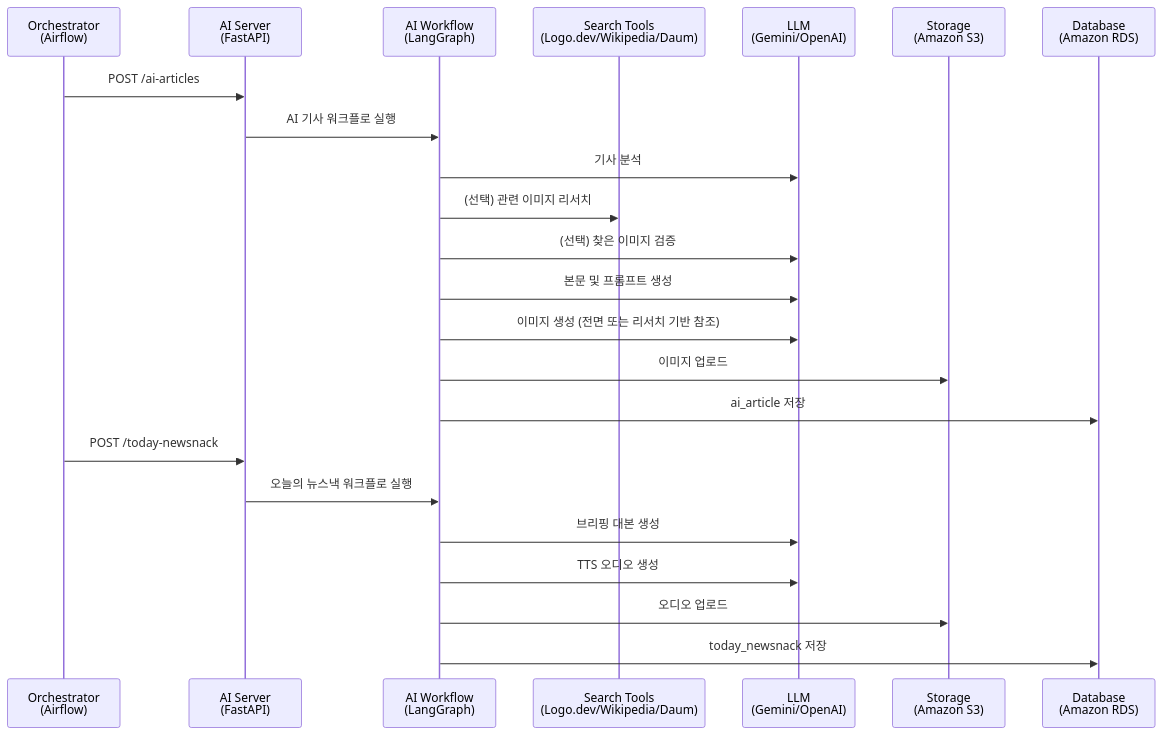
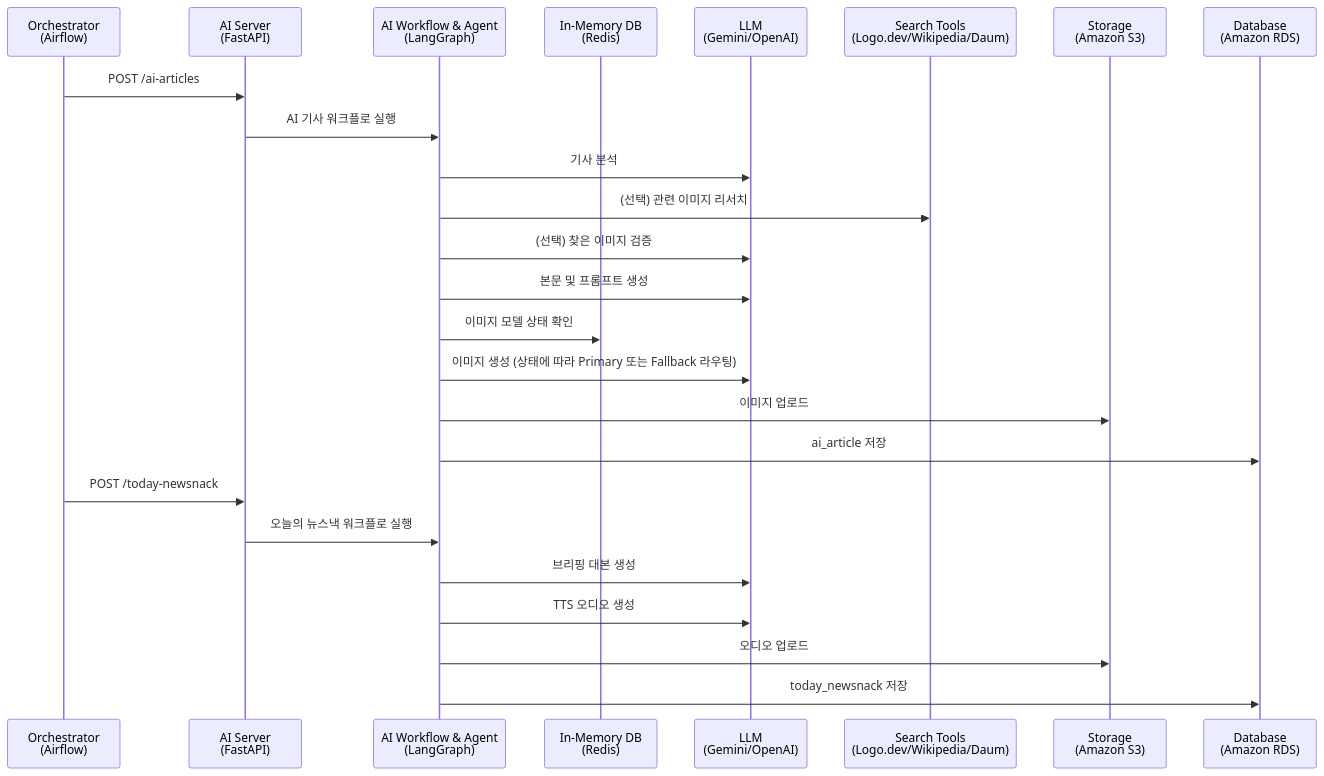
The first of 3 diagrams in README.md (team-leekim/newsnack-ai), drawn with Mermaid before and after one commit. The commit also changed other lines of this file, not shown here.

````diff
--- a/README.md
+++ b/README.md
@@ -37,27 +40,29 @@
 ```mermaid
 sequenceDiagram
     participant Orchestrator as Orchestrator<br/>(Airflow)
     participant API as AI Server<br/>(FastAPI)
-    participant Graph as AI Workflow<br/>(LangGraph)
+    participant Graph as AI Workflow & Agent<br/>(LangGraph)
+    participant IMDB as In-Memory DB<br/>(Redis)
+    participant LLM as LLM<br/>(Gemini/OpenAI)
     participant Tools as Search Tools<br/>(Logo.dev/Wikipedia/Daum)
-    participant LLM as LLM<br/>(Gemini/OpenAI)
     participant S3 as Storage<br/>(Amazon S3)
     participant DB as Database<br/>(Amazon RDS)
 
     Orchestrator->>API: POST /ai-articles
     API->>Graph: AI 기사 워크플로 실행
     Graph->>LLM: 기사 분석
     Graph->>Tools: (선택) 관련 이미지 리서치
     Graph->>LLM: (선택) 찾은 이미지 검증
     Graph->>LLM: 본문 및 프롬프트 생성
-    Graph->>LLM: 이미지 생성 (전면 또는 리서치 기반 참조)
+    Graph->>IMDB: 이미지 모델 상태 확인
+    Graph->>LLM: 이미지 생성 (상태에 따라 Primary 또는 Fallback 라우팅)
     Graph->>S3: 이미지 업로드
     Graph->>DB: ai_article 저장
 
     Orchestrator->>API: POST /today-newsnack
     API->>Graph: 오늘의 뉴스낵 워크플로 실행
     Graph->>LLM: 브리핑 대본 생성
     Graph->>LLM: TTS 오디오 생성
     Graph->>S3: 오디오 업로드
     Graph->>DB: today_newsnack 저장
 ```
````
